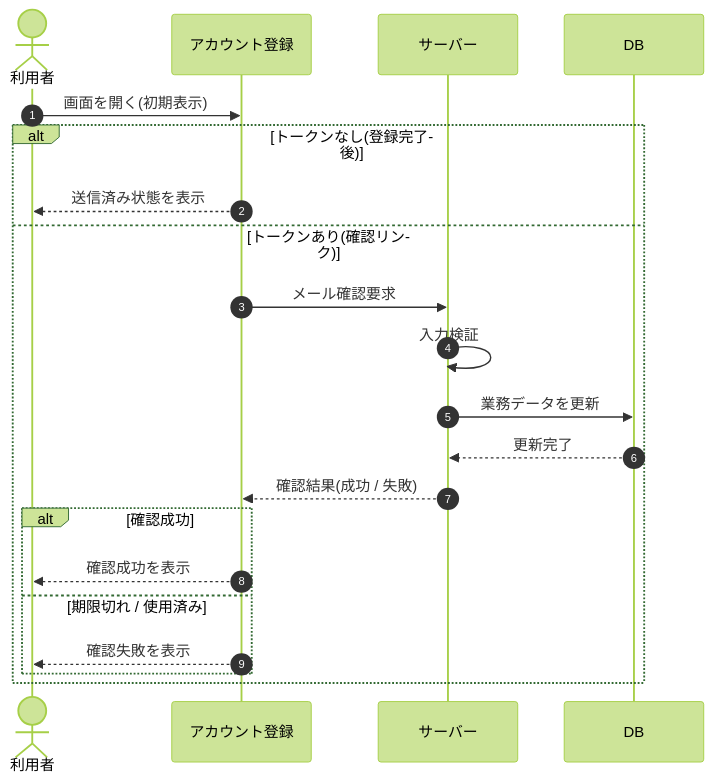
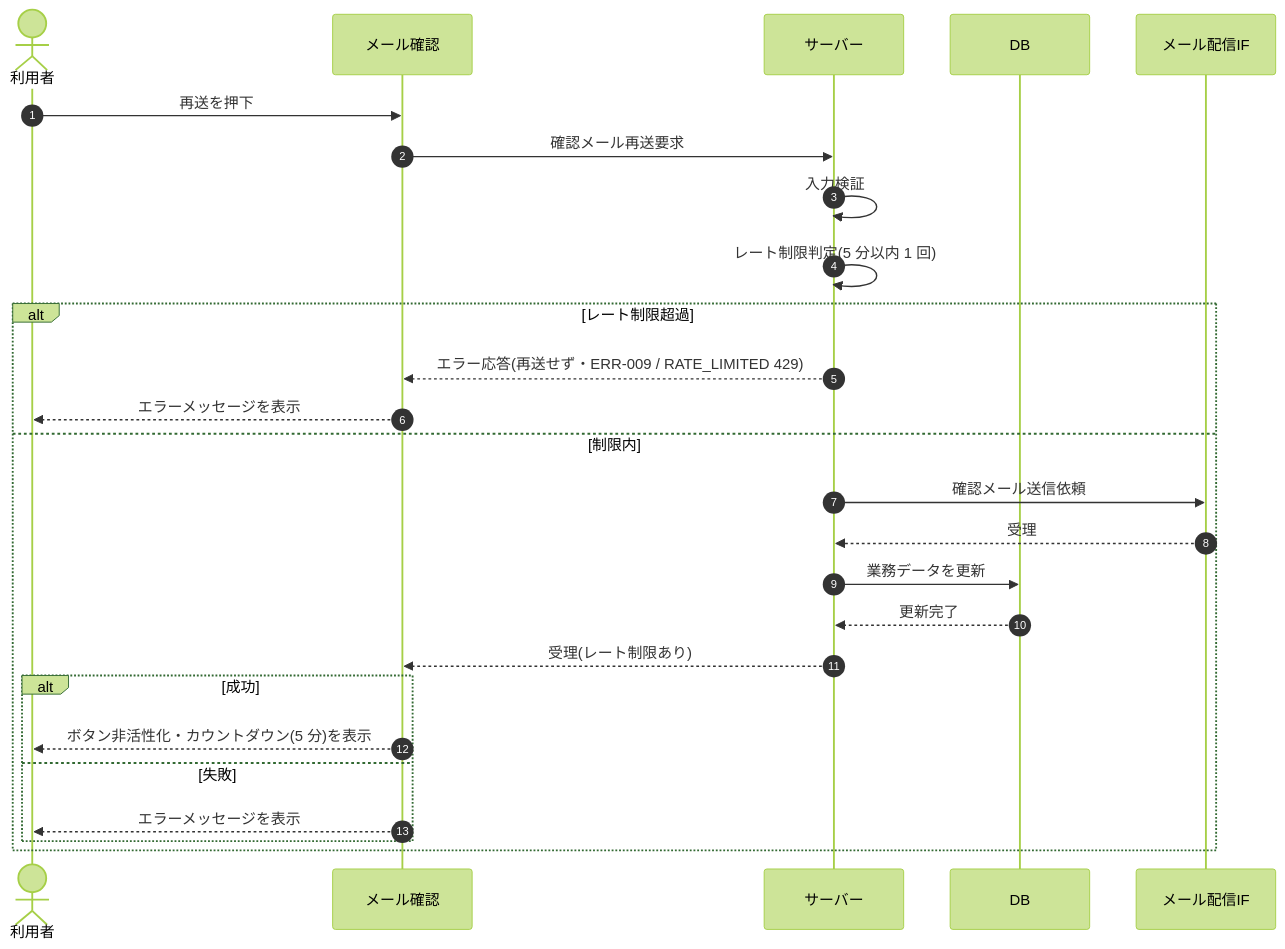
One commit to sikakou54/open-faq changed the diagram in 02_basic_design/03_sequences/SEQ-064.md. Above: the diagram before and after it, drawn with Mermaid (forest theme). The commit also changed other lines of this file and 395 other files, not shown here.

````diff
--- a/02_basic_design/03_sequences/SEQ-064.md
+++ b/02_basic_design/03_sequences/SEQ-064.md
@@ -25,23 +25,28 @@
 ```mermaid
 sequenceDiagram
   autonumber
   actor U as 利用者
-  participant Screen as アカウント登録
+  participant Screen as メール確認
   participant Server as サーバー
   participant DB as DB
-  U->>Screen: 画面を開く(初期表示)
-  alt トークンなし(登録完了後)
-    Screen-->>U: 送信済み状態を表示
-  else トークンあり(確認リンク)
-    Screen->>Server: メール確認要求
-    Server->>Server: 入力検証
+  participant MAIL as メール配信IF
+  U->>Screen: 再送を押下
+  Screen->>Server: 確認メール再送要求
+  Server->>Server: 入力検証
+  Server->>Server: レート制限判定(5 分以内 1 回)
+  alt レート制限超過
+    Server-->>Screen: エラー応答(再送せず・ERR-009 / RATE_LIMITED 429)
+    Screen-->>U: エラーメッセージを表示
+  else 制限内
+    Server->>MAIL: 確認メール送信依頼
+    MAIL-->>Server: 受理
     Server->>DB: 業務データを更新
     DB-->>Server: 更新完了
-    Server-->>Screen: 確認結果(成功 / 失敗)
-    alt 確認成功
-      Screen-->>U: 確認成功を表示
-    else 期限切れ / 使用済み
-      Screen-->>U: 確認失敗を表示
+    Server-->>Screen: 受理(レート制限あり)
+    alt 成功
+      Screen-->>U: ボタン非活性化・カウントダウン(5 分)を表示
+    else 失敗
+      Screen-->>U: エラーメッセージを表示
     end
   end
 ```
````
